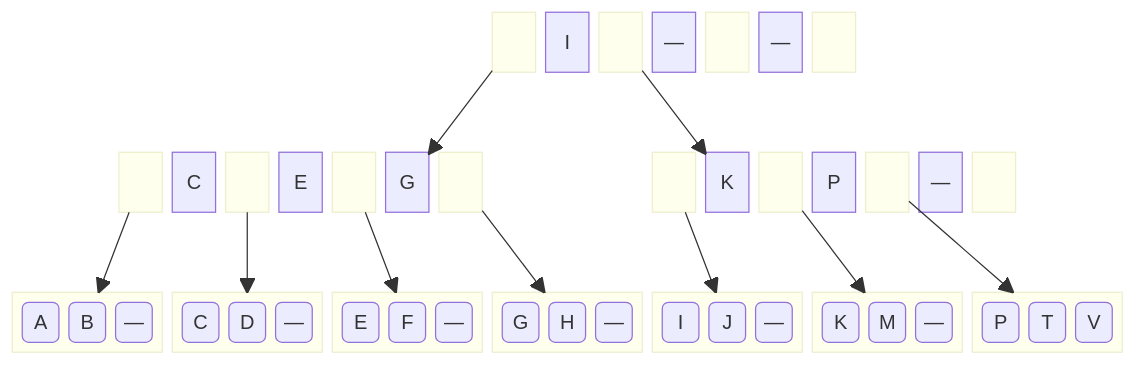
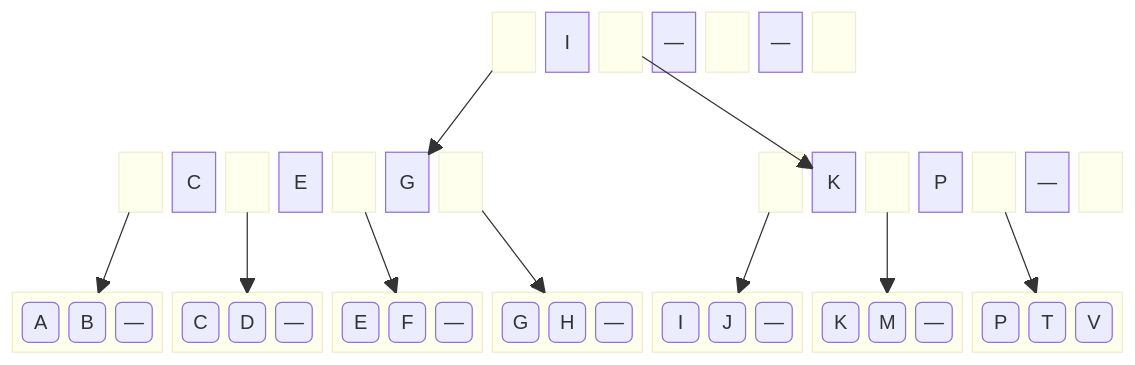
The eighth of 8 diagrams in Assuntos/busca-ext.md (BenhurUFSM/pod26b), drawn with Mermaid before and after one commit. The commit also changed other lines of this file, not shown here.

````diff
--- a/Assuntos/busca-ext.md
+++ b/Assuntos/busca-ext.md
@@ -134,33 +136,32 @@
 ```mermaid
 block
   columns 21
   space:9
   block:rl1 space end ra["I"] block:rl2 space end rb["—"] block:rl3 space end rc["—"] block:rl4 space end
   space:5
   space:21
 
   space:2
   block:i1l1 space end i1a["C"] block:i1l2 space end i1b["E"] block:i1l3 space end i1c["G"] block:i1l4 space end
-  space:3
+  space:5
   block:i2l1 space end i2a["K"] block:i2l2 space end i2b["P"] block:i2l3 space end i2c["—"] block:i2l4 space end
-  space:2
   space:21
 
   block:f1:3 f1a("A") f1b("B") f1c("—") end
   block:f7:3 f7a("C") f7b("D") f7c("—") end
   block:f5:3 f5a("E") f5b("F") f5c("—") end
   block:f3:3 f3a("G") f3b("H") f3c("—") end
   block:f6:3 f6a("I") f6b("J") f6c("—") end
   block:f4:3 f4a("K") f4b("M") f4c("—") end
   block:f2:3 f2a("P") f2b("T") f2c("V") end
 
   rl1-->i1c
   rl2-->i2a
   i1l1-->f1
   i1l2-->f7
   i1l3-->f5
   i1l4-->f3
   i2l1-->f6
   i2l2-->f4
   i2l3-->f2
 ```
````
